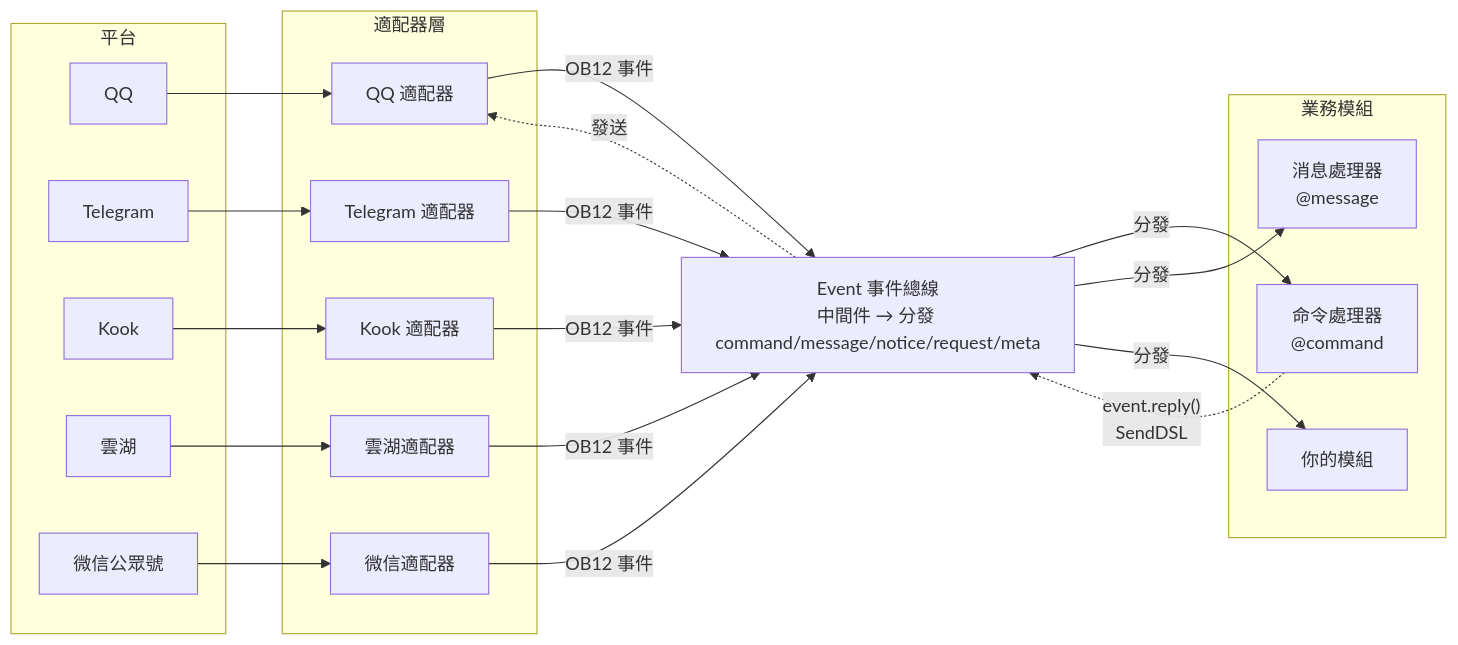
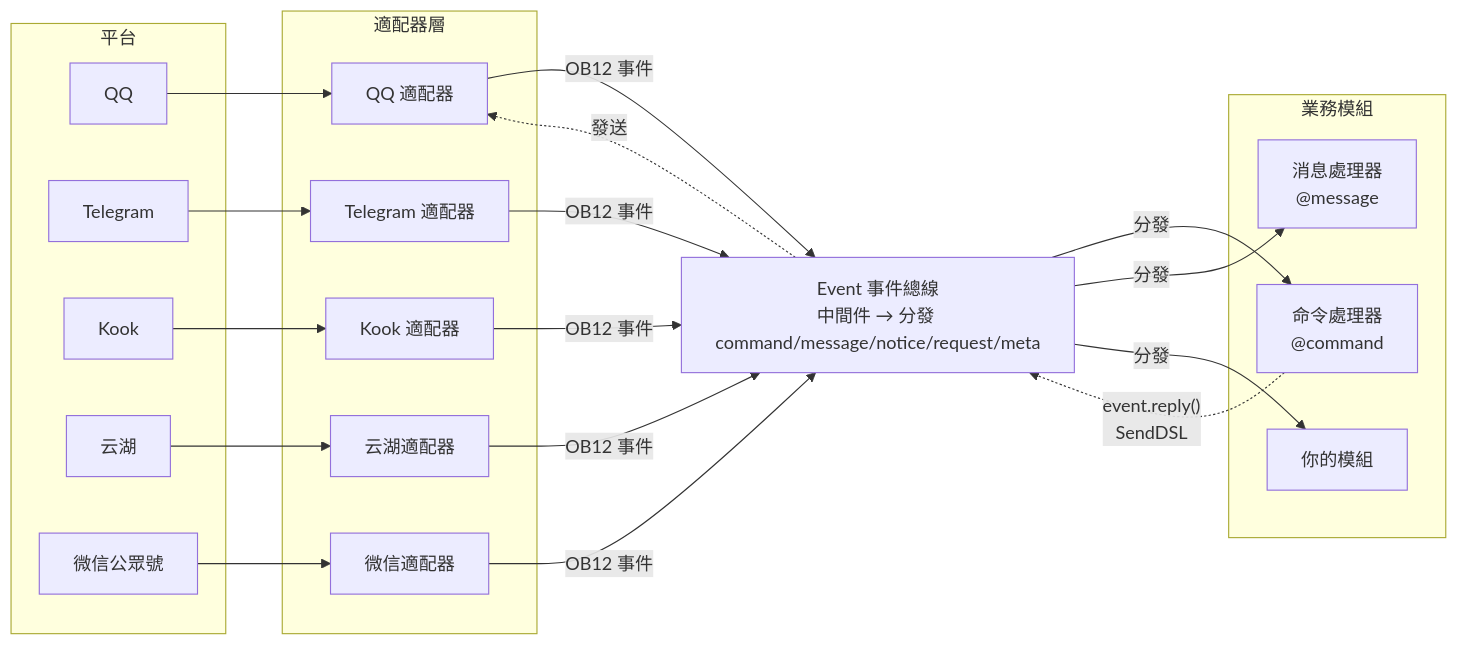
Before and after one commit to ErisPulse/ErisPulse: the first of 2 diagrams in README.zh-TW.md, drawn with Mermaid. The commit also changed other lines of this file and 31 other files, not shown here.

````diff
--- a/README.zh-TW.md
+++ b/README.zh-TW.md
@@ -112,45 +112,45 @@
 ```mermaid
 graph LR
     subgraph Platforms[平台]
         QQ["QQ"]
         TG["Telegram"]
         Kook["Kook"]
-        YH["雲湖"]
+        YH["云湖"]
         WX["微信公眾號"]
     end
 
     subgraph Adapters[適配器層]
         A1["QQ 適配器"]
         A2["Telegram 適配器"]
         A3["Kook 適配器"]
-        A4["雲湖適配器"]
+        A4["云湖適配器"]
         A5["微信適配器"]
     end
 
     Event["Event 事件總線<br/>中間件 → 分發 command/message/notice/request/meta"]
 
     subgraph Modules[業務模組]
         M1["命令處理器<br/>@command"]
         M2["消息處理器<br/>@message"]
         M3["你的模組"]
     end
 
     QQ --> A1
     TG --> A2
     Kook --> A3
     YH --> A4
     WX --> A5
 
     A1 -->|"OB12 事件"| Event
     A2 -->|"OB12 事件"| Event
     A3 -->|"OB12 事件"| Event
     A4 -->|"OB12 事件"| Event
     A5 -->|"OB12 事件"| Event
 
     Event -->|"分發"| M1
     Event -->|"分發"| M2
     Event -->|"分發"| M3
 
     M1 -.->|"event.reply()<br/>SendDSL"| Event
     Event -.->|"發送"| A1
 ```
````
